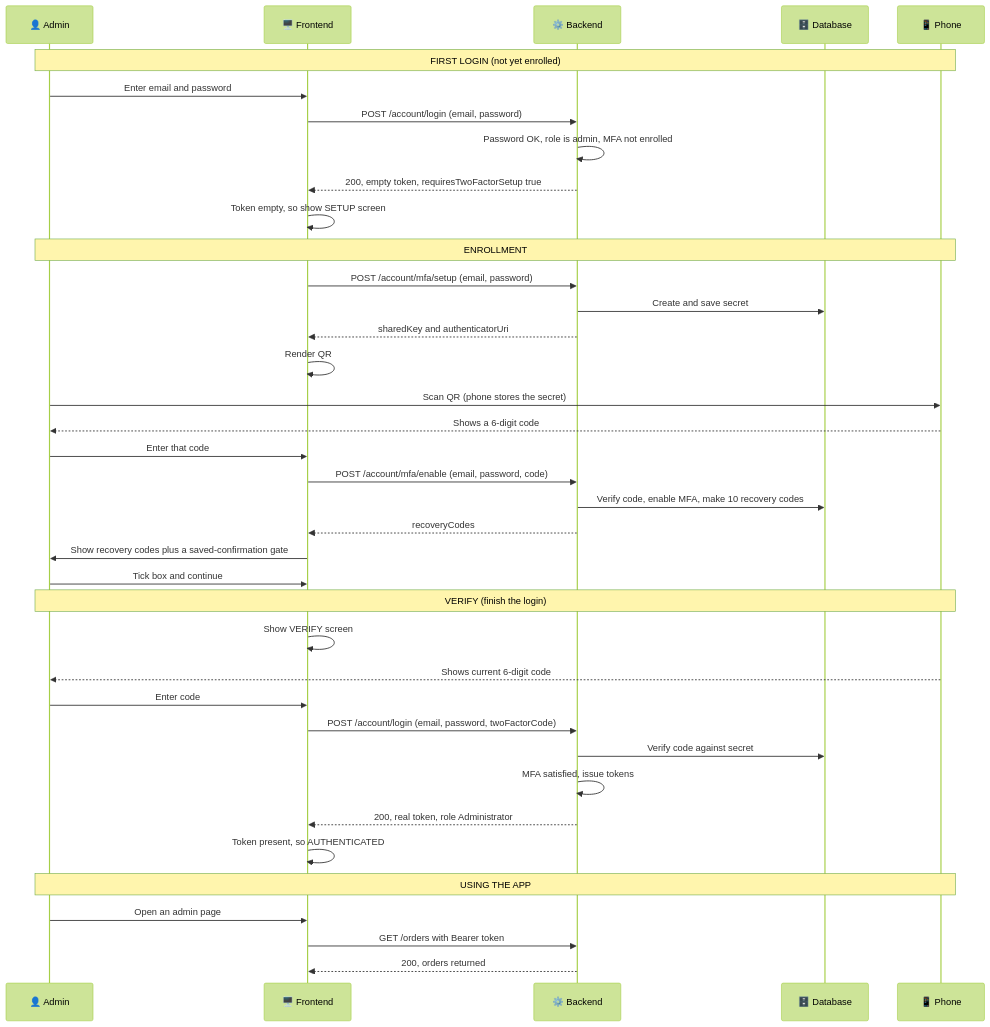
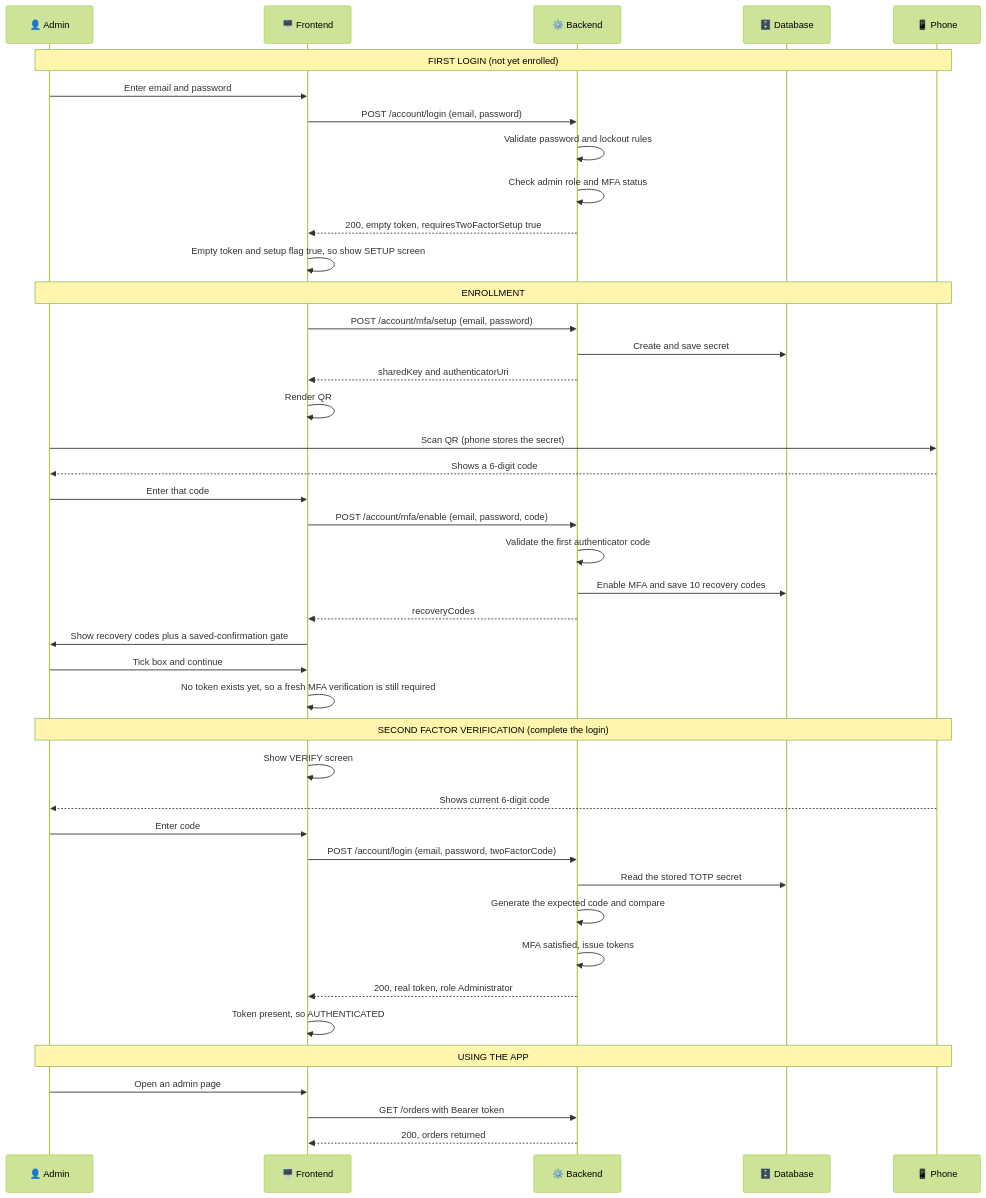
Diagram 11 of 12 in 0054_LiliShop-Security-02-MFA.md (jahanalem/LinkedIn2GitHub), drawn with Mermaid (forest theme) before and after one commit. The commit also changed other lines of this file, not shown here.

````diff
--- a/0054_LiliShop-Security-02-MFA.md
+++ b/0054_LiliShop-Security-02-MFA.md
@@ -1281,40 +1281,44 @@
 ```mermaid
 sequenceDiagram
     participant U as 👤 Admin
     participant FE as 🖥️ Frontend
     participant BE as ⚙️ Backend
     participant DB as 🗄️ Database
     participant Ph as 📱 Phone
     Note over U,Ph: FIRST LOGIN (not yet enrolled)
     U->>FE: Enter email and password
     FE->>BE: POST /account/login (email, password)
-    BE->>BE: Password OK, role is admin, MFA not enrolled
+    BE->>BE: Validate password and lockout rules
+    BE->>BE: Check admin role and MFA status
     BE-->>FE: 200, empty token, requiresTwoFactorSetup true
-    FE->>FE: Token empty, so show SETUP screen
+    FE->>FE: Empty token and setup flag true, so show SETUP screen
     Note over U,Ph: ENROLLMENT
     FE->>BE: POST /account/mfa/setup (email, password)
     BE->>DB: Create and save secret
     BE-->>FE: sharedKey and authenticatorUri
     FE->>FE: Render QR
     U->>Ph: Scan QR (phone stores the secret)
     Ph-->>U: Shows a 6-digit code
     U->>FE: Enter that code
     FE->>BE: POST /account/mfa/enable (email, password, code)
-    BE->>DB: Verify code, enable MFA, make 10 recovery codes
+    BE->>BE: Validate the first authenticator code
+    BE->>DB: Enable MFA and save 10 recovery codes
     BE-->>FE: recoveryCodes
     FE->>U: Show recovery codes plus a saved-confirmation gate
     U->>FE: Tick box and continue
-    Note over U,Ph: VERIFY (finish the login)
+    FE->>FE: No token exists yet, so a fresh MFA verification is still required
+    Note over U,Ph: SECOND FACTOR VERIFICATION (complete the login)
     FE->>FE: Show VERIFY screen
     Ph-->>U: Shows current 6-digit code
     U->>FE: Enter code
     FE->>BE: POST /account/login (email, password, twoFactorCode)
-    BE->>DB: Verify code against secret
+    BE->>DB: Read the stored TOTP secret
+    BE->>BE: Generate the expected code and compare
     BE->>BE: MFA satisfied, issue tokens
     BE-->>FE: 200, real token, role Administrator
     FE->>FE: Token present, so AUTHENTICATED
     Note over U,Ph: USING THE APP
     U->>FE: Open an admin page
     FE->>BE: GET /orders with Bearer token
     BE-->>FE: 200, orders returned
 ```
````
